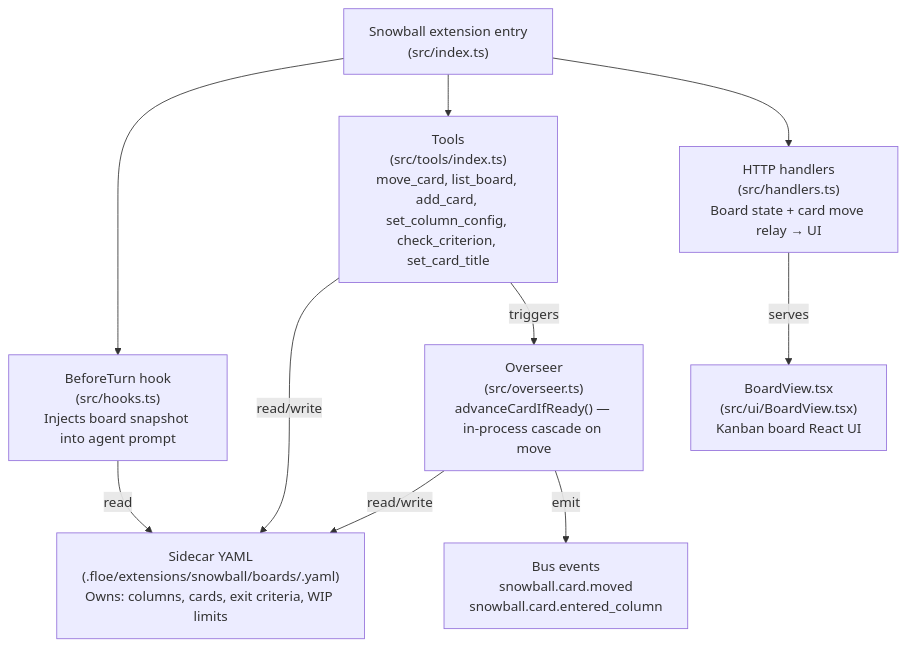
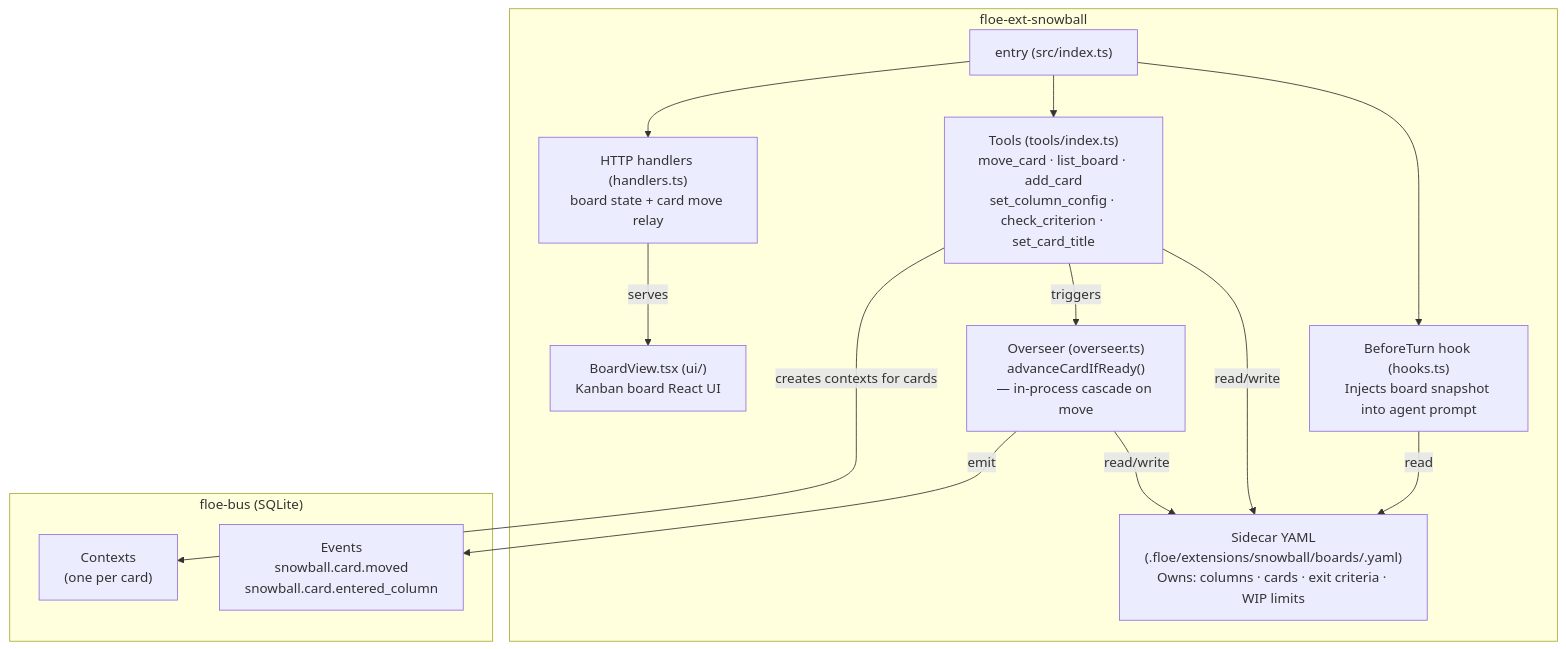
Before and after one commit to floe-ai/floe-subtrate: the eighth of 12 diagrams in docs/architecture/overview.md, drawn with Mermaid. The commit also changed other lines of this file, not shown here.

First line of the commit message:
docs(arch): sharpen domain boundaries per revision-1

````diff
--- a/docs/architecture/overview.md
+++ b/docs/architecture/overview.md
@@ -241,21 +319,28 @@
 ```mermaid
 graph TD
-    SBX["Snowball extension entry\n(src/index.ts)"]
-    SIDECAR["Sidecar YAML\n(.floe/extensions/snowball/boards/<slug>.yaml)\nOwns: columns, cards, exit criteria, WIP limits"]
-    HOOK["BeforeTurn hook\n(src/hooks.ts)\nInjects board snapshot into agent prompt"]
-    TOOLS["Tools\n(src/tools/index.ts)\nmove_card, list_board, add_card, set_column_config, check_criterion, set_card_title"]
-    OVERSEER["Overseer\n(src/overseer.ts)\nadvanceCardIfReady() — in-process cascade on move"]
-    HTTP["HTTP handlers\n(src/handlers.ts)\nBoard state + card move relay → UI"]
-    UI["BoardView.tsx\n(src/ui/BoardView.tsx)\nKanban board React UI"]
-    BUS_EV["Bus events\nsnowball.card.moved\nsnowball.card.entered_column"]
+    subgraph EXT["floe-ext-snowball"]
+        SBX["entry (src/index.ts)"]
+        HOOK["BeforeTurn hook (hooks.ts)\nInjects board snapshot into agent prompt"]
+        TOOLS["Tools (tools/index.ts)\nmove_card · list_board · add_card\nset_column_config · check_criterion · set_card_title"]
+        OVERSEER["Overseer (overseer.ts)\nadvanceCardIfReady()\n— in-process cascade on move"]
+        HTTP["HTTP handlers (handlers.ts)\nboard state + card move relay"]
+        UI["BoardView.tsx (ui/)\nKanban board React UI"]
+        SIDECAR["Sidecar YAML\n(.floe/extensions/snowball/boards/<slug>.yaml)\nOwns: columns · cards · exit criteria · WIP limits"]
+    end
+
+    subgraph BUS["floe-bus (SQLite)"]
+        BUS_EV["Events\nsnowball.card.moved\nsnowball.card.entered_column"]
+        BUS_CTX["Contexts\n(one per card)"]
+    end
 
     SBX --> HOOK
     SBX --> TOOLS
     SBX --> HTTP
     TOOLS -->|"read/write"| SIDECAR
     HOOK -->|"read"| SIDECAR
     OVERSEER -->|"read/write"| SIDECAR
     TOOLS -->|"triggers"| OVERSEER
     OVERSEER -->|"emit"| BUS_EV
     HTTP -->|"serves"| UI
+    TOOLS -->|"creates contexts for cards"| BUS_CTX
 ```
````
